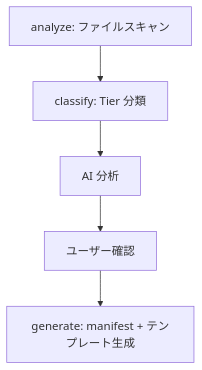
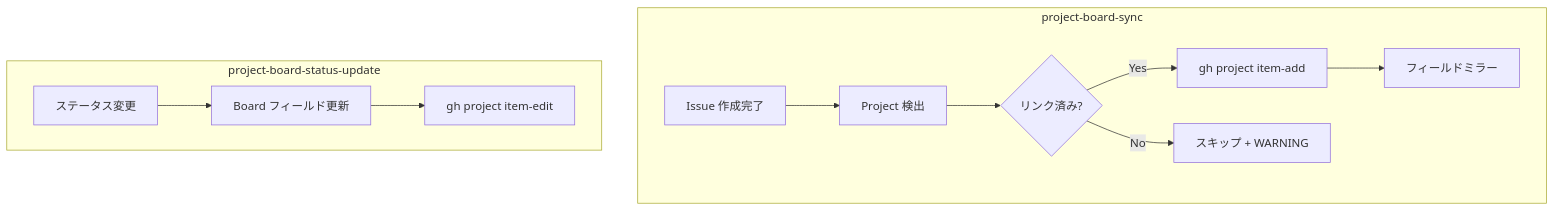
One commit to shuu5/twill changed the second of 3 diagrams in plugins/dev/architecture/domain/contexts/project-mgmt.md. Above: the diagram before and after it, drawn with Mermaid. The commit also changed other lines of this file and 109 other files, not shown here.

First line of the commit message:
refactor(architecture): 全面リフレッシュ - living document化

````diff
--- a/plugins/dev/architecture/domain/contexts/project-mgmt.md
+++ b/plugins/dev/architecture/domain/contexts/project-mgmt.md
@@ -65,7 +57,15 @@
 ```mermaid
 flowchart TD
-    A[analyze: ファイルスキャン] --> B[classify: Tier 分類]
-    B --> C[AI 分析]
-    C --> D[ユーザー確認]
-    D --> E[generate: manifest + テンプレート生成]
+    subgraph "project-board-sync"
+        A[Issue 作成完了] --> B[Project 検出]
+        B --> C{リンク済み?}
+        C -- Yes --> D[gh project item-add]
+        C -- No --> E[スキップ + WARNING]
+        D --> F[フィールドミラー]
+    end
+
+    subgraph "project-board-status-update"
+        G[ステータス変更] --> H[Board フィールド更新]
+        H --> I[gh project item-edit]
+    end
 ```
````
